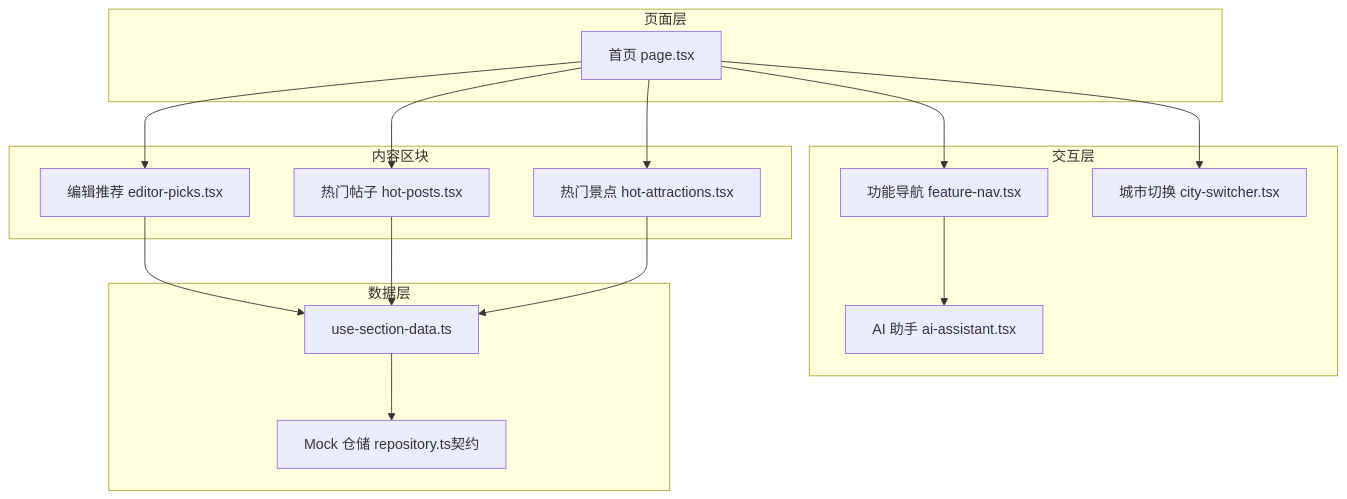
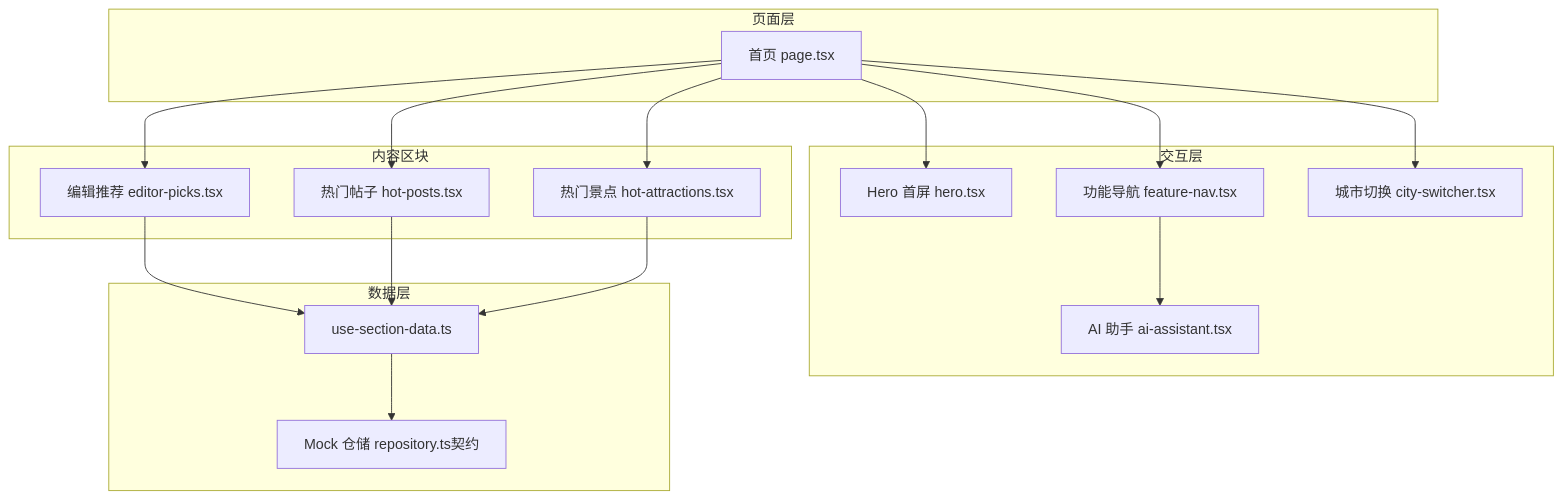
The second of 11 diagrams in .qoder/repowiki/zh/content/规格驱动开发/WanderChain 首页规格文档.md (luyitiger6/my-first-project), drawn with Mermaid before and after one commit. The commit also changed other lines of this file and 11 other files, not shown here.

````diff
--- a/.qoder/repowiki/zh/content/规格驱动开发/WanderChain 首页规格文档.md
+++ b/.qoder/repowiki/zh/content/规格驱动开发/WanderChain 首页规格文档.md
@@ -97,30 +112,32 @@
 ```mermaid
 graph TB
 subgraph "页面层"
 Page["首页 page.tsx"]
 end
 subgraph "交互层"
+Hero["Hero 首屏 hero.tsx"]
 Nav["功能导航 feature-nav.tsx"]
 City["城市切换 city-switcher.tsx"]
 AI["AI 助手 ai-assistant.tsx"]
 end
 subgraph "内容区块"
 Picks["编辑推荐 editor-picks.tsx"]
 Posts["热门帖子 hot-posts.tsx"]
 Attractions["热门景点 hot-attractions.tsx"]
 end
 subgraph "数据层"
 Hook["use-section-data.ts"]
 Repo["Mock 仓储 repository.ts契约"]
 end
+Page --> Hero
 Page --> Nav
 Page --> City
 Page --> Picks
 Page --> Posts
 Page --> Attractions
 Nav --> AI
 Picks --> Hook
 Posts --> Hook
 Attractions --> Hook
 Hook --> Repo
 ```
````
